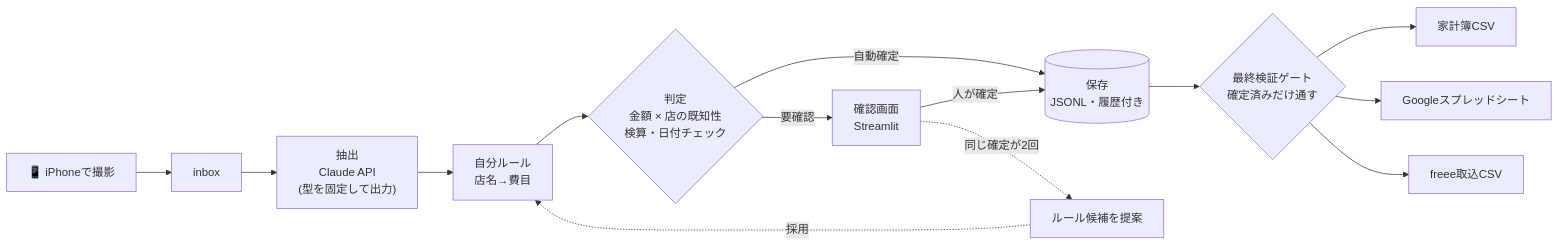
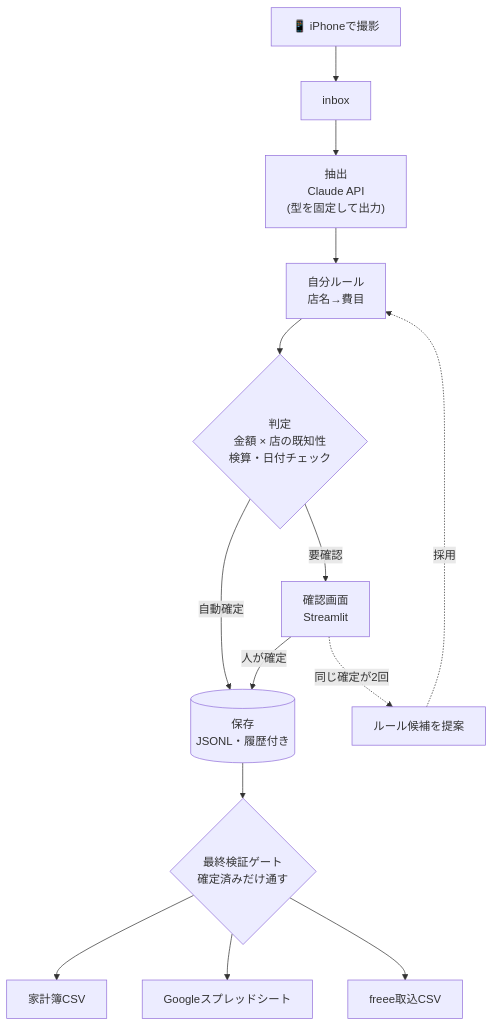
The diagram in README.md (kiilab-tech/receiptpilot), drawn with Mermaid before and after one commit.

Commit message:
docs: 構成図を縦向きにして読みやすくする

````diff
--- a/README.md
+++ b/README.md
@@ -59,16 +59,16 @@
 ```mermaid
-flowchart LR
+flowchart TD
     A[📱 iPhoneで撮影] --> B[inbox]
     B --> C["抽出<br/>Claude API<br/>(型を固定して出力)"]
     C --> D["自分ルール<br/>店名→費目"]
     D --> E{"判定<br/>金額 × 店の既知性<br/>検算・日付チェック"}
     E -- 自動確定 --> G[(保存<br/>JSONL・履歴付き)]
     E -- 要確認 --> F["確認画面<br/>Streamlit"]
     F -- 人が確定 --> G
     F -. 同じ確定が2回 .-> H[ルール候補を提案]
     H -. 採用 .-> D
     G --> I{"最終検証ゲート<br/>確定済みだけ通す"}
     I --> J[家計簿CSV]
     I --> K[Googleスプレッドシート]
     I --> L[freee取込CSV]
 ```
````
